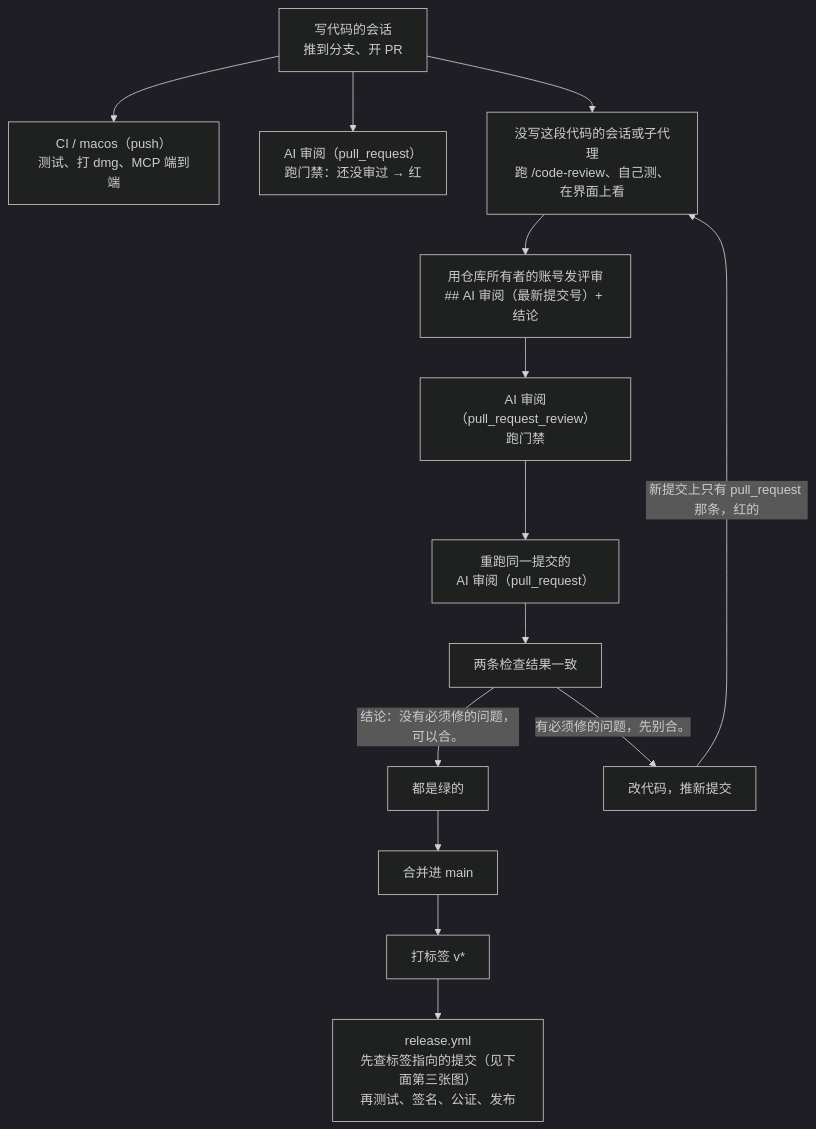
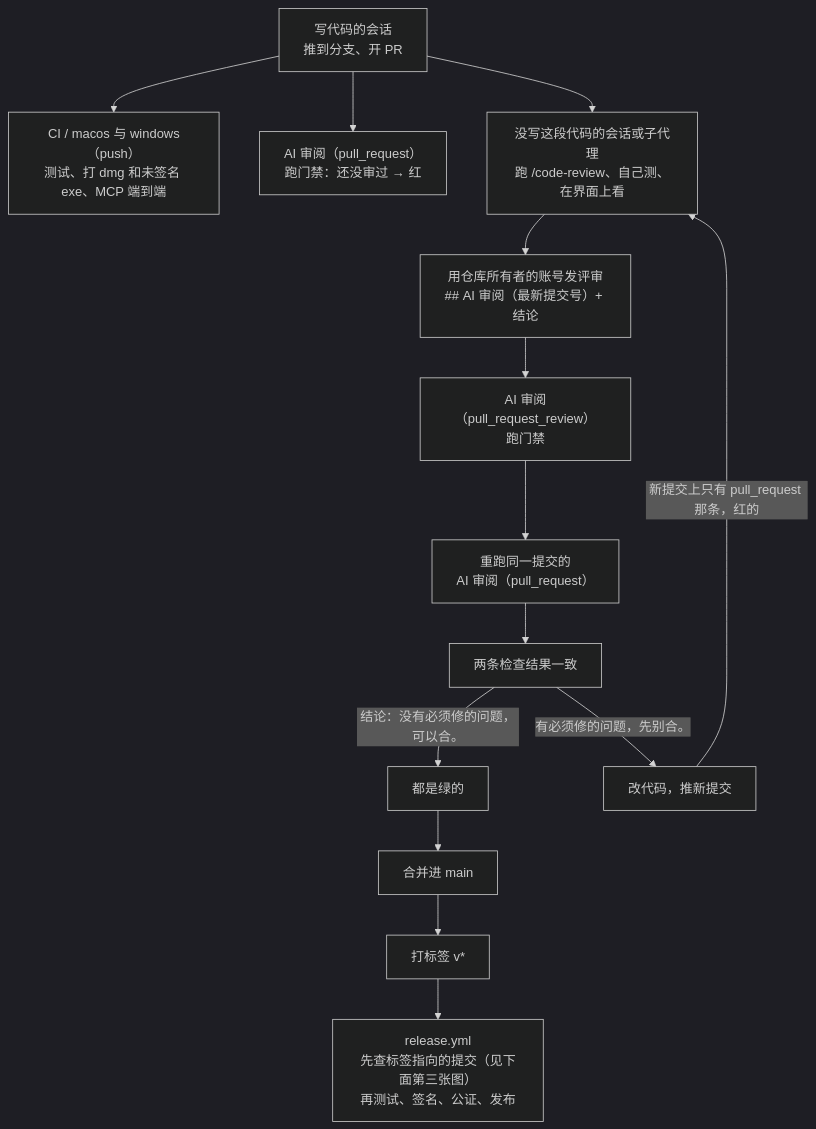
One commit to chunbin1/health-trail changed the first of 3 diagrams in docs/ai-review-flow.md. Above: the diagram before and after it, drawn with Mermaid (dark theme). The commit also changed other lines of this file and 24 other files, not shown here.

Commit message:
CI 同时编 Mac 和 Windows，Windows 先出未签名的 exe。

````diff
--- a/docs/ai-review-flow.md
+++ b/docs/ai-review-flow.md
@@ -7,16 +7,16 @@
 ```mermaid
 flowchart TD
-    A["写代码的会话<br/>推到分支、开 PR"] --> CI["CI / macos（push）<br/>测试、打 dmg、MCP 端到端"]
+    A["写代码的会话<br/>推到分支、开 PR"] --> CI["CI / macos 与 windows（push）<br/>测试、打 dmg 和未签名 exe、MCP 端到端"]
     A --> G1["AI 审阅（pull_request）<br/>跑门禁：还没审过 → 红"]
     A --> R["没写这段代码的会话或子代理<br/>跑 /code-review、自己测、在界面上看"]
     R --> P["用仓库所有者的账号发评审<br/>## AI 审阅（最新提交号）+ 结论"]
     P --> G2["AI 审阅（pull_request_review）<br/>跑门禁"]
     G2 --> RR["重跑同一提交的<br/>AI 审阅（pull_request）"]
     RR --> SAME["两条检查结果一致"]
     SAME -->|"结论：没有必须修的问题，可以合。"| OK["都是绿的"]
     SAME -->|"有必须修的问题，先别合。"| FIX["改代码，推新提交"]
     FIX -->|"新提交上只有 pull_request 那条，红的"| R
     OK --> M["合并进 main"]
     M --> T["打标签 v*"]
     T --> REL["release.yml<br/>先查标签指向的提交（见下面第三张图）<br/>再测试、签名、公证、发布"]
 ```
````
